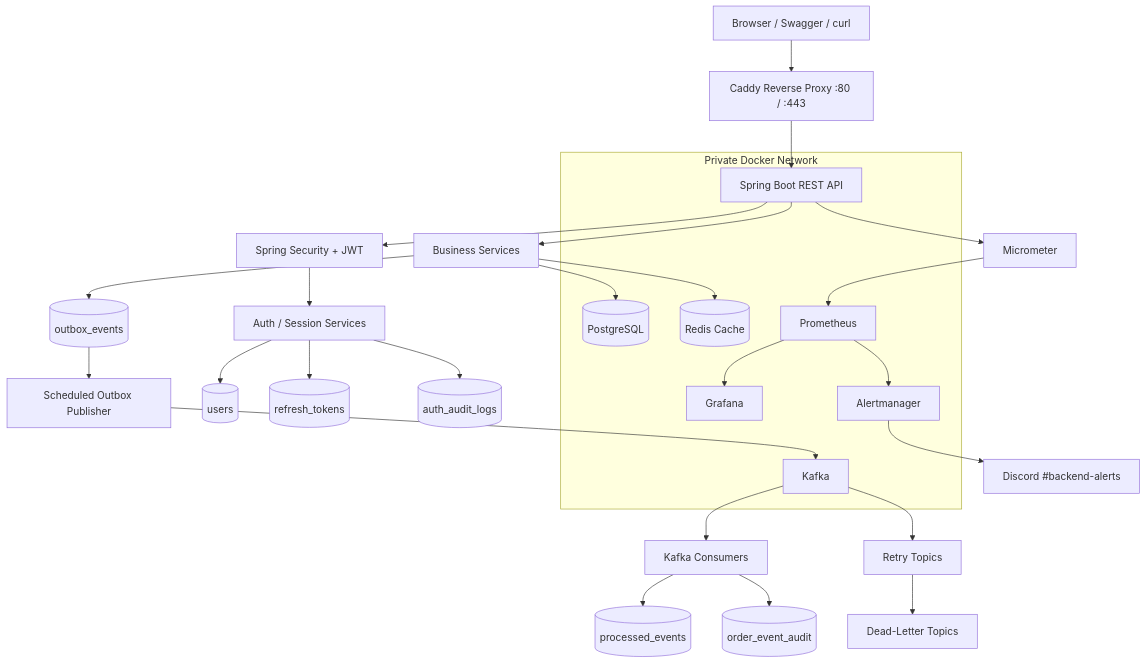
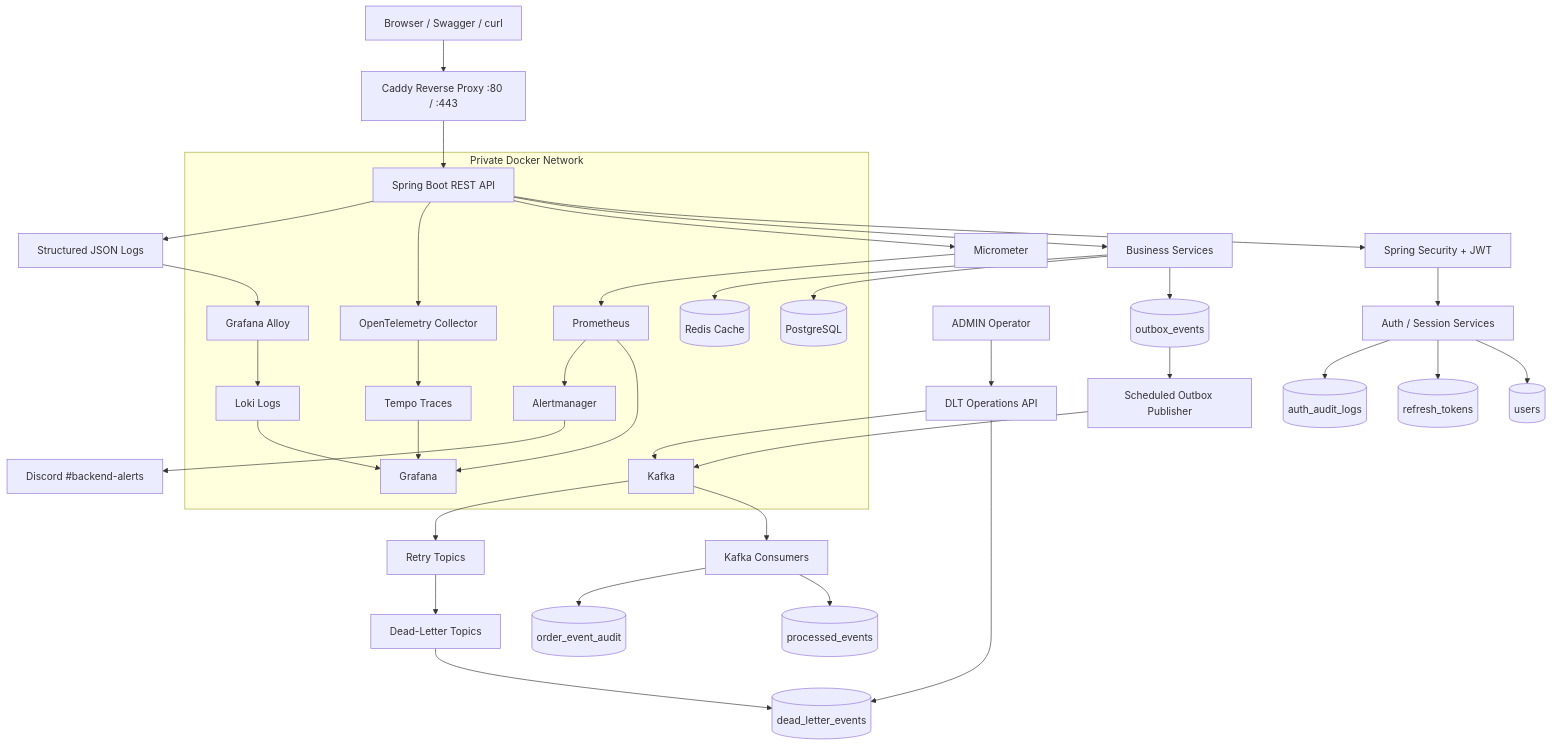
Before and after one commit to ravan-chuang/spring-boot-ecommerce-backend: the diagram in README.md, drawn with Mermaid. The commit also changed other lines of this file and 75 other files, not shown here.

First line of the commit message:
feat: add dead-letter operations and observability stack (#26)

````diff
--- a/README.md
+++ b/README.md
@@ -48,39 +50,54 @@
 ```mermaid
 flowchart TD
     Client[Browser / Swagger / curl] --> Caddy[Caddy Reverse Proxy :80 / :443]
     Caddy --> API[Spring Boot REST API]
     API --> Security[Spring Security + JWT]
     Security --> Auth[Auth / Session Services]
     Auth --> Users[(users)]
     Auth --> RefreshTokens[(refresh_tokens)]
     Auth --> AuthAudit[(auth_audit_logs)]
 
     API --> Services[Business Services]
     Services --> PostgreSQL[(PostgreSQL)]
     Services --> Redis[(Redis Cache)]
     Services --> Outbox[(outbox_events)]
 
     Outbox --> Publisher[Scheduled Outbox Publisher]
     Publisher --> Kafka[Kafka]
     Kafka --> Consumer[Kafka Consumers]
     Consumer --> Processed[(processed_events)]
     Consumer --> OrderAudit[(order_event_audit)]
     Kafka --> Retry[Retry Topics]
     Retry --> DLT[Dead-Letter Topics]
+    DLT --> DLTStore[(dead_letter_events)]
+    Admin[ADMIN Operator] --> DLTAPI[DLT Operations API]
+    DLTAPI --> DLTStore
+    DLTAPI --> Kafka
 
     API --> Metrics[Micrometer]
     Metrics --> Prometheus[Prometheus]
     Prometheus --> Grafana[Grafana]
     Prometheus --> Alertmanager[Alertmanager]
     Alertmanager --> Discord[Discord #backend-alerts]
+    API --> OTel[OpenTelemetry Collector]
+    OTel --> Tempo[Tempo Traces]
+    API --> JSONLogs[Structured JSON Logs]
+    JSONLogs --> Alloy[Grafana Alloy]
+    Alloy --> Loki[Loki Logs]
+    Tempo --> Grafana
+    Loki --> Grafana
 
     subgraph Private Docker Network
       API
       PostgreSQL
       Redis
       Kafka
       Prometheus
       Grafana
       Alertmanager
+      OTel
+      Tempo
+      Loki
+      Alloy
     end
 ```
````
